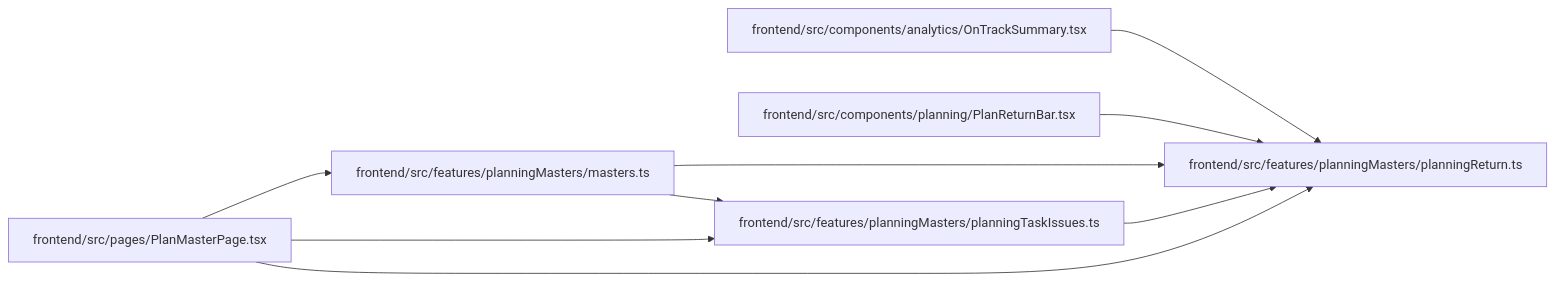
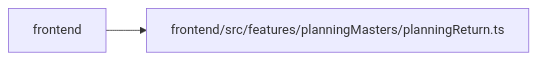
The diagram in docs/llm_wiki/modules/planningReturn.md (Denissvgn/WorkChord), drawn with Mermaid before and after one commit. The commit also changed other lines of this file and 2373 other files, not shown here.

````diff
--- a/docs/llm_wiki/modules/planningReturn.md
+++ b/docs/llm_wiki/modules/planningReturn.md
@@ -21,23 +21,7 @@
 ```mermaid
 flowchart LR
-    n0["frontend/src/components/analytics/OnTrackSummary.tsx"]
-    n1["frontend/src/components/planning/PlanReturnBar.tsx"]
-    n2["frontend/src/features/planningMasters/masters.ts"]
-    n3["frontend/src/features/planningMasters/planningReturn.ts"]
-    n4["frontend/src/features/planningMasters/planningTaskIssues.ts"]
-    n5["frontend/src/pages/PlanMasterPage.tsx"]
-    n0 --> n3
-    n1 --> n3
-    n2 --> n3
-    n2 --> n4
-    n4 --> n3
-    n5 --> n2
-    n5 --> n3
-    n5 --> n4
-    click n0 "../modules/OnTrackSummary.md"
-    click n1 "../modules/PlanReturnBar.md"
-    click n2 "../modules/planningMasters_masters.md"
-    click n3 "../modules/planningReturn.md"
-    click n4 "../modules/planningTaskIssues.md"
-    click n5 "../modules/PlanMasterPage.md"
+    n0["frontend"]
+    n1["frontend/src/features/planningMasters/planningReturn.ts"]
+    n0 --> n1
+    click n1 "../modules/planningReturn.md"
 ```
````
